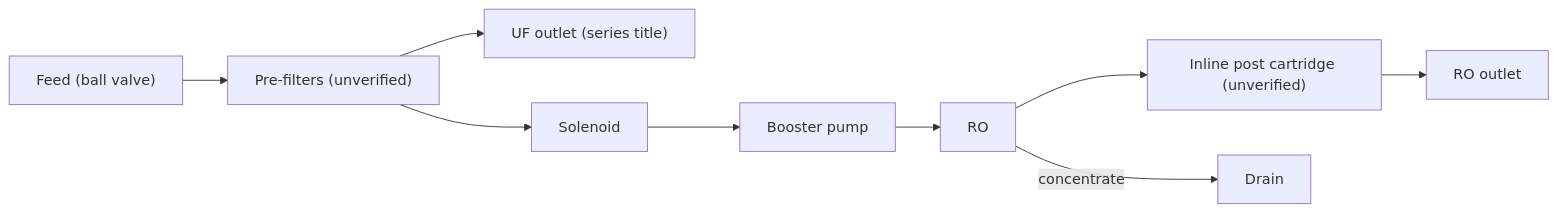
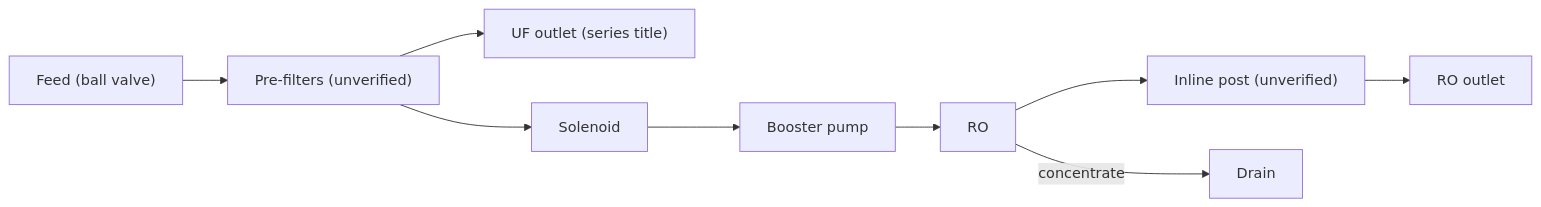
The diagram in research/videos/17-BV1X3411c74Z.md (BassShang/diy-ro-water-purifier), drawn with Mermaid before and after one commit. The commit also changed other lines of this file and 1 other file, not shown here.

````diff
--- a/research/videos/17-BV1X3411c74Z.md
+++ b/research/videos/17-BV1X3411c74Z.md
@@ -22,7 +27,7 @@
 ```mermaid
 flowchart LR
   IN["Feed (ball valve)"] --> PRE["Pre-filters (unverified)"]
   PRE --> UF["UF outlet (series title)"]
-  PRE --> SV["Solenoid"] --> PUMP["Booster pump"] --> RO["RO"] --> POST["Inline post cartridge (unverified)"] --> F["RO outlet"]
+  PRE --> SV["Solenoid"] --> PUMP["Booster pump"] --> RO["RO"] --> POST["Inline post (unverified)"] --> F["RO outlet"]
   RO -- concentrate --> DR["Drain"]
 ```
````
